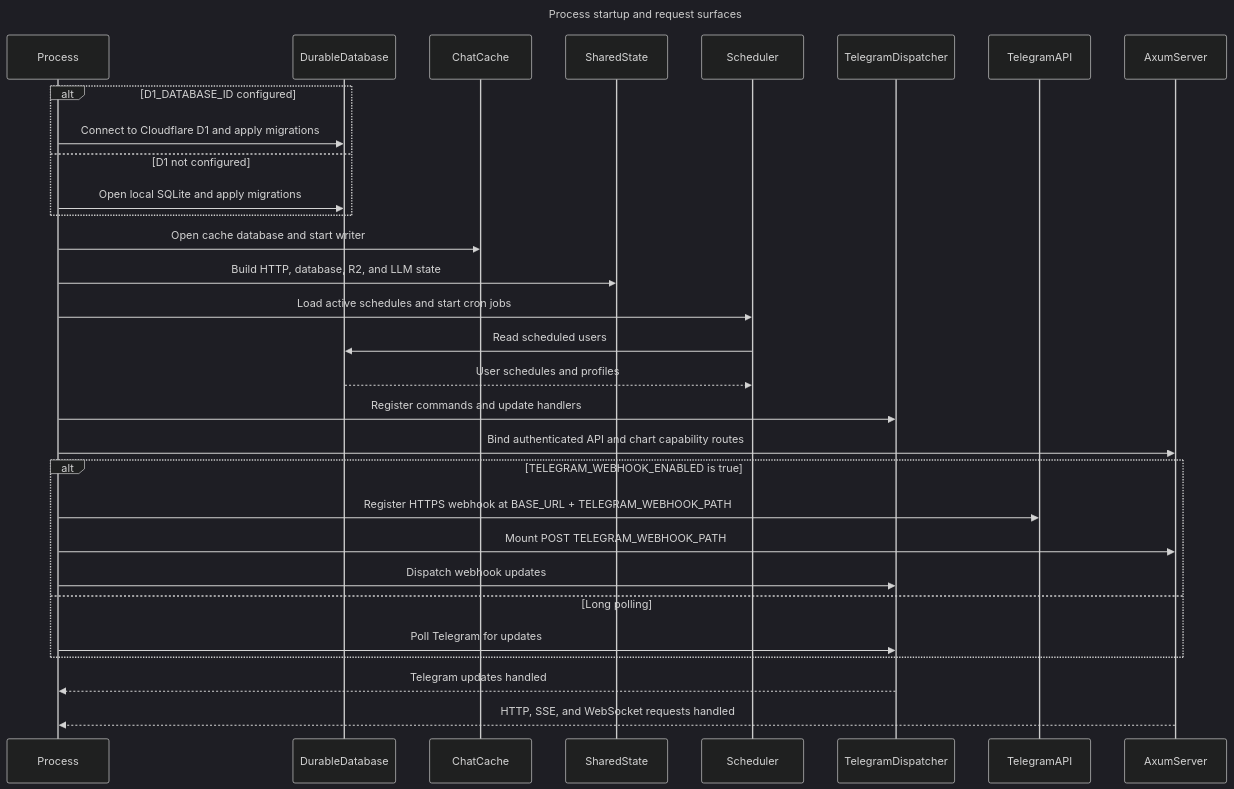
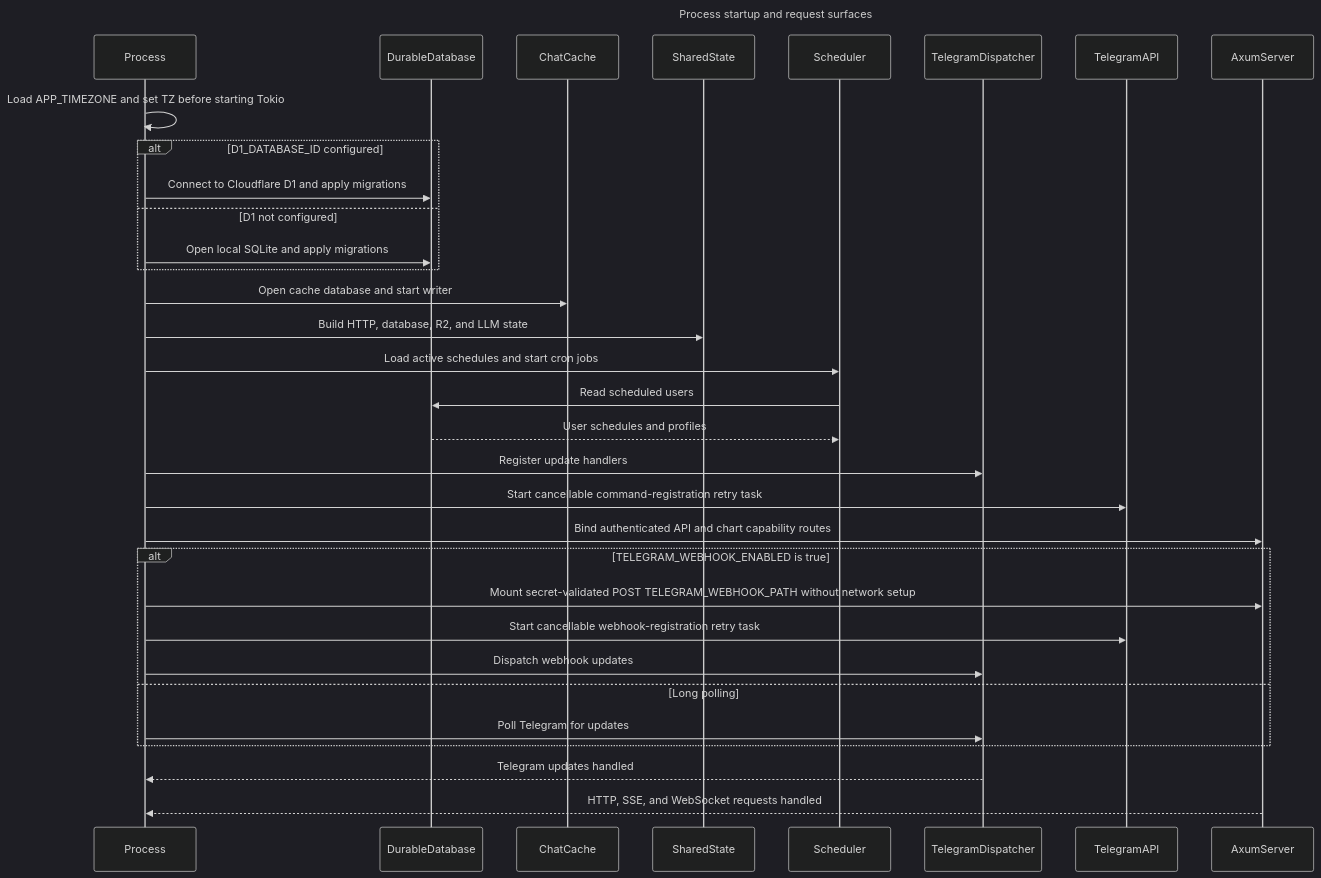
The first of 6 diagrams in docs/project-flow-sequence.md (henius98/BaziFlowAgent), drawn with Mermaid (dark theme) before and after one commit. The commit also changed other lines of this file and 71 other files, not shown here.

````diff
--- a/docs/project-flow-sequence.md
+++ b/docs/project-flow-sequence.md
@@ -7,34 +7,36 @@
 ```mermaid
 sequenceDiagram
     title Process startup and request surfaces
     participant Process
     participant DurableDatabase
     participant ChatCache
     participant SharedState
     participant Scheduler
     participant TelegramDispatcher
     participant TelegramAPI
     participant AxumServer
 
+    Process->>Process: Load APP_TIMEZONE and set TZ before starting Tokio
     alt D1_DATABASE_ID configured
         Process->>DurableDatabase: Connect to Cloudflare D1 and apply migrations
     else D1 not configured
         Process->>DurableDatabase: Open local SQLite and apply migrations
     end
     Process->>ChatCache: Open cache database and start writer
     Process->>SharedState: Build HTTP, database, R2, and LLM state
     Process->>Scheduler: Load active schedules and start cron jobs
     Scheduler->>DurableDatabase: Read scheduled users
     DurableDatabase-->>Scheduler: User schedules and profiles
-    Process->>TelegramDispatcher: Register commands and update handlers
+    Process->>TelegramDispatcher: Register update handlers
+    Process->>TelegramAPI: Start cancellable command-registration retry task
     Process->>AxumServer: Bind authenticated API and chart capability routes
     alt TELEGRAM_WEBHOOK_ENABLED is true
-        Process->>TelegramAPI: Register HTTPS webhook at BASE_URL + TELEGRAM_WEBHOOK_PATH
-        Process->>AxumServer: Mount POST TELEGRAM_WEBHOOK_PATH
+        Process->>AxumServer: Mount secret-validated POST TELEGRAM_WEBHOOK_PATH without network setup
+        Process->>TelegramAPI: Start cancellable webhook-registration retry task
         Process->>TelegramDispatcher: Dispatch webhook updates
     else Long polling
         Process->>TelegramDispatcher: Poll Telegram for updates
     end
     TelegramDispatcher-->>Process: Telegram updates handled
     AxumServer-->>Process: HTTP, SSE, and WebSocket requests handled
 ```
````
